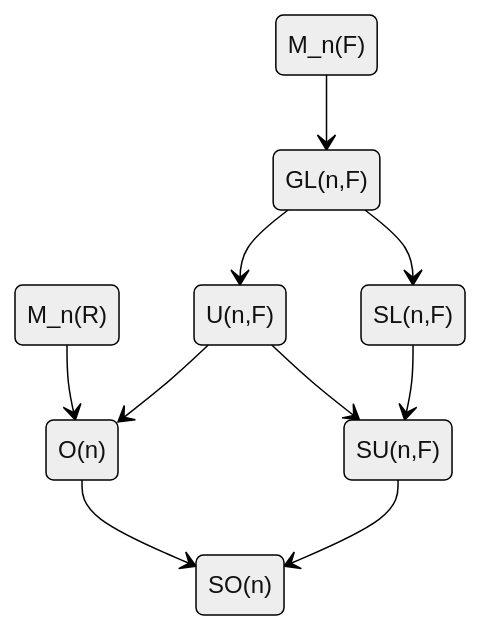
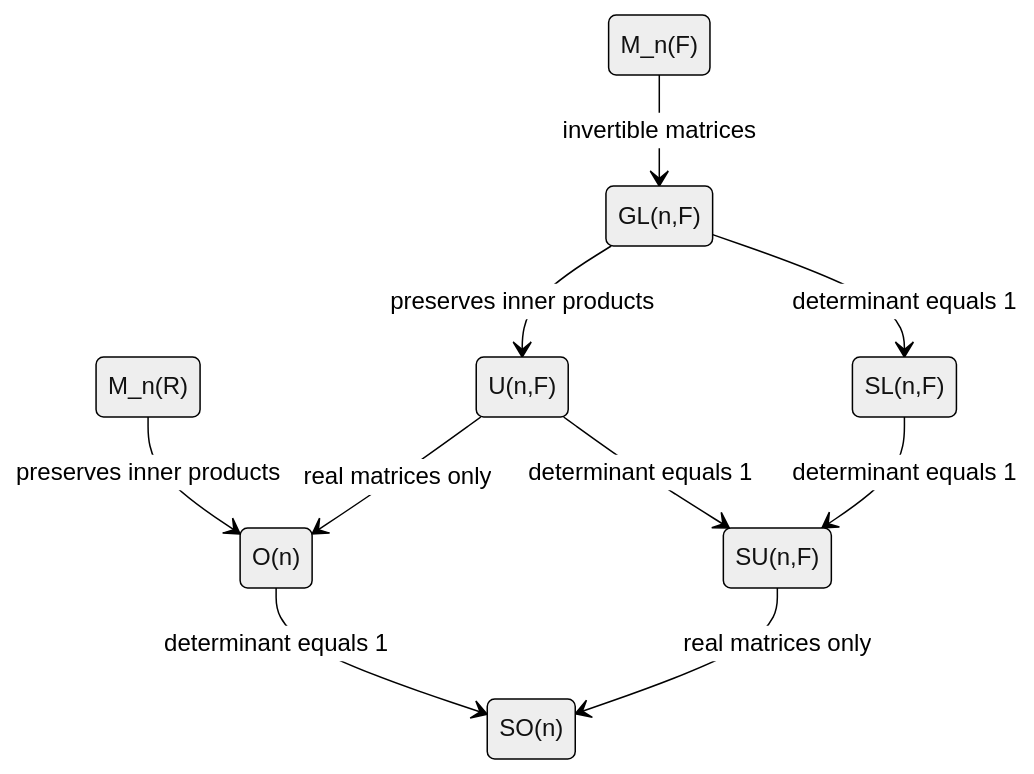
The diagram in content/🫂 Group Theory/📗 Group relations.md (migueltorrescosta/collapsedwave), drawn with Mermaid (neutral theme) before and after one commit. The commit also changed other lines of this file, not shown here.

Commit message:
Improve diagram

````diff
--- a/content/🫂 Group Theory/📗 Group relations.md
+++ b/content/🫂 Group Theory/📗 Group relations.md
@@ -31,20 +9,20 @@
 ```mermaid
 stateDiagram
 	M_n(F)
 	GL(n,F)
 	SL(n,F)
 	U(n,F)
 	SU(n,F)
 	M_n(R)
 	O(n)
 	SO(n)
-	M_n(F) --> GL(n,F)
-	GL(n,F) --> SL(n,F)
-	U(n,F) --> SU(n,F)
-	M_n(R) --> O(n)
-	O(n) --> SO(n)
-	GL(n,F) --> U(n,F)
-	SL(n,F) --> SU(n,F)
-	U(n,F) --> O(n)
-	SU(n,F) --> SO(n)
+	M_n(F) --> GL(n,F) : invertible matrices
+	GL(n,F) --> SL(n,F) : determinant equals 1
+	U(n,F) --> SU(n,F) : determinant equals 1
+	M_n(R) --> O(n) : preserves inner products
+	O(n) --> SO(n) : determinant equals 1
+	GL(n,F) --> U(n,F) : preserves inner products
+	SL(n,F) --> SU(n,F) : determinant equals 1
+	U(n,F) --> O(n) : real matrices only
+	SU(n,F) --> SO(n) : real matrices only
 ```
````
